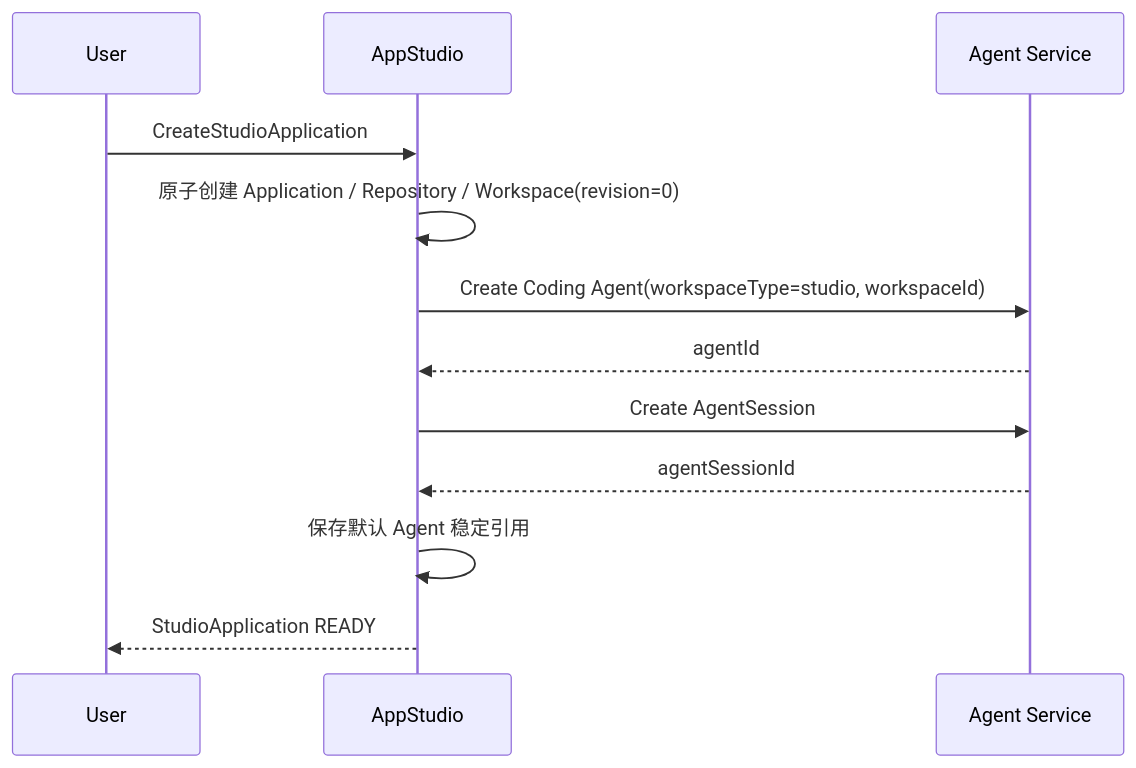
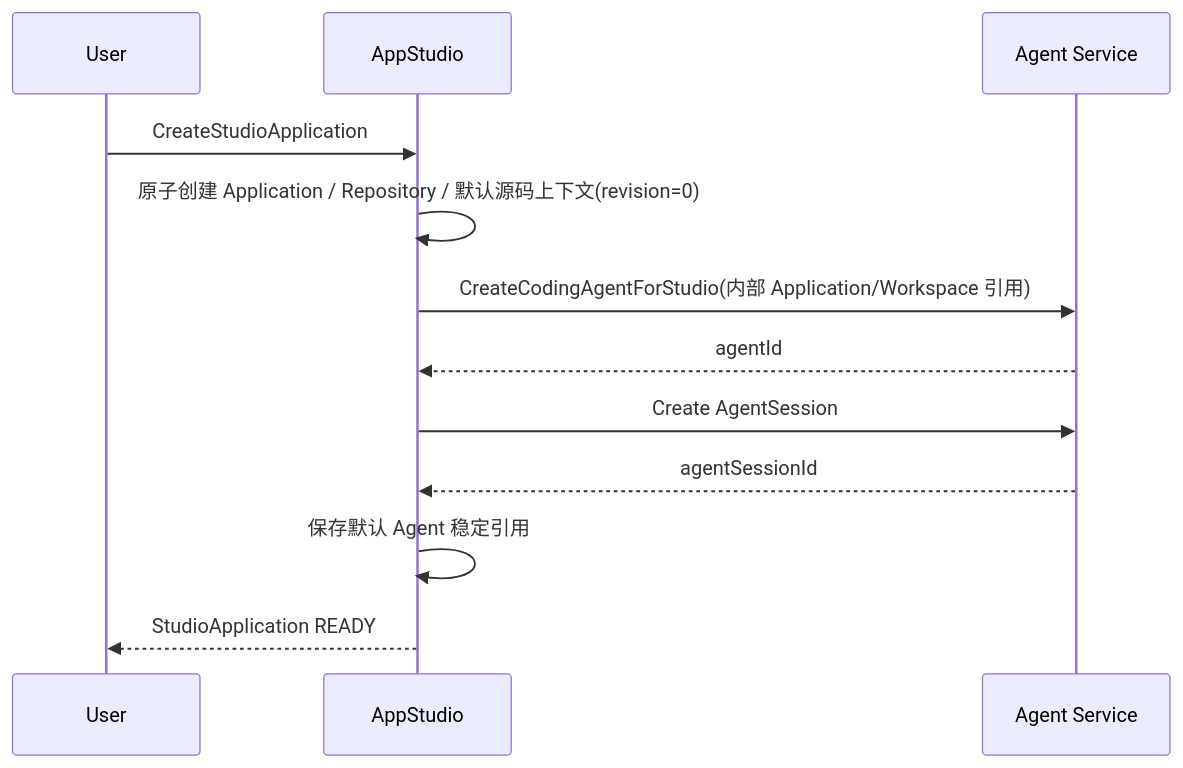
The third of 11 diagrams in 00_product/domains/appstudio/product-spec.md (wangweihong/omnimam-spec), drawn with Mermaid before and after one commit. The commit also changed other lines of this file and 23 other files, not shown here.

````diff
--- a/00_product/domains/appstudio/product-spec.md
+++ b/00_product/domains/appstudio/product-spec.md
@@ -1013,18 +1015,18 @@
 ```mermaid
 sequenceDiagram
     participant U as User
     participant ST as AppStudio
     participant AS as Agent Service
 
     U->>ST: CreateStudioApplication
-    ST->>ST: 原子创建 Application / Repository / Workspace(revision=0)
+    ST->>ST: 原子创建 Application / Repository / 默认源码上下文(revision=0)
 
-    ST->>AS: Create Coding Agent(workspaceType=studio, workspaceId)
+    ST->>AS: CreateCodingAgentForStudio(内部 Application/Workspace 引用)
     AS-->>ST: agentId
 
     ST->>AS: Create AgentSession
     AS-->>ST: agentSessionId
 
     ST->>ST: 保存默认 Agent 稳定引用
     ST-->>U: StudioApplication READY
 ```
````
